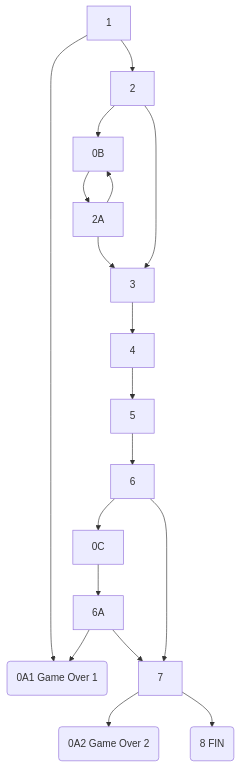
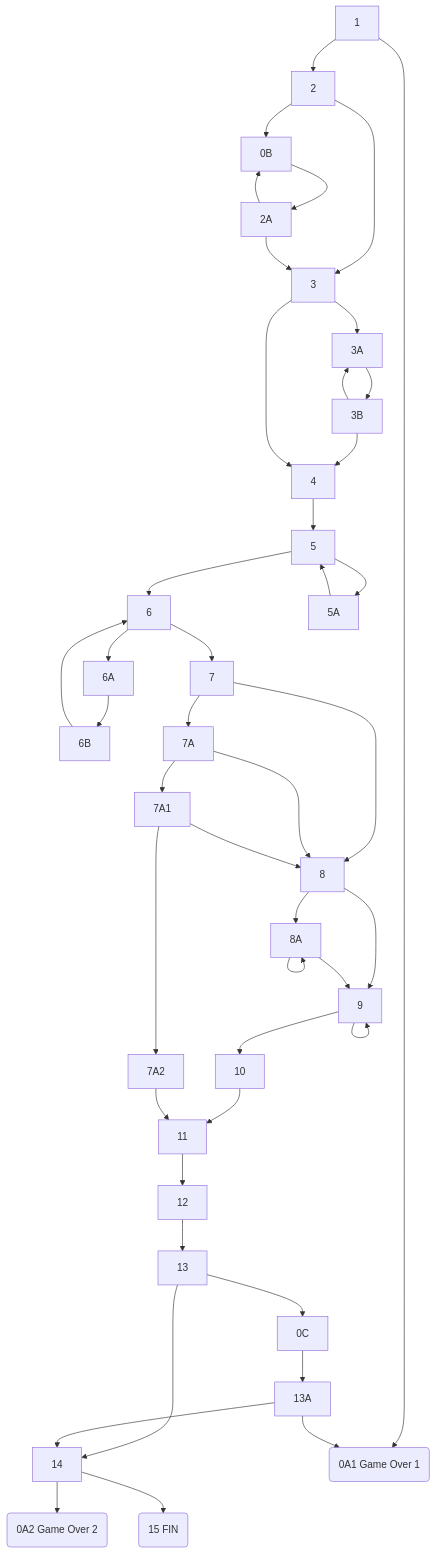
The third of 3 diagrams in README.md (tecnibus5/EscapeRoomBUS), drawn with Mermaid before and after one commit. The commit also changed other lines of this file, not shown here.

````diff
--- a/README.md
+++ b/README.md
@@ -248,20 +390,46 @@
 ```mermaid
 graph TD
     1 --> 0A1:(0A1 Game Over 1)
     1 --> 2
     2 --> 0B
     2 --> 3
     0B --> 2A
     2A --> 0B
     2A --> 3
+    3 --> 3A
+    3A --> 3B
+    3B --> 3A
+    3B --> 4
     3 --> 4
     4 --> 5
+    5 --> 5A
+    5A --> 5
     5 --> 6
-    6 --> 0C
+    6 --> 6A
+    6A --> 6B
+    6B --> 6
     6 --> 7
-    0C --> 6A
-    6A --> 0A1:(0A1 Game Over 1)
-    6A --> 7
-    7 --> 0A2:(0A2 Game Over 2)
-    7 --> 8(8 FIN)
+    7 --> 7A
+    7 --> 8
+    7A --> 7A1
+    7A --> 8
+    7A1 --> 8
+    7A1 --> 7A2
+    8 --> 8A
+    8A --> 8A
+    8 --> 9
+    8A --> 9
+    9 --> 9
+    9 --> 10
+    10 --> 11
+    7A2 --> 11
+    11 --> 12
+    12 --> 13
+    13 --> 0C
+    0C --> 13A
+    13A --> 0A1:(0A1 Game Over 1)
+    13 --> 14
+    13A --> 14
+    14 --> 0A2:(0A2 Game Over 2)
+    14 --> 15(15 FIN)
 ```
````
